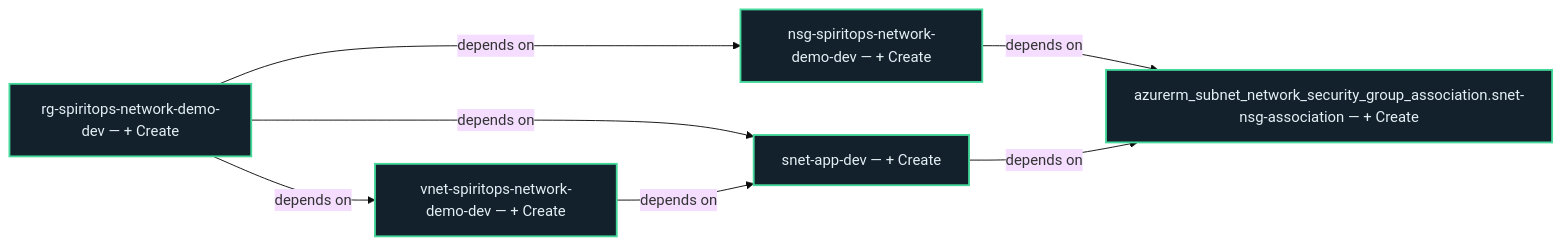
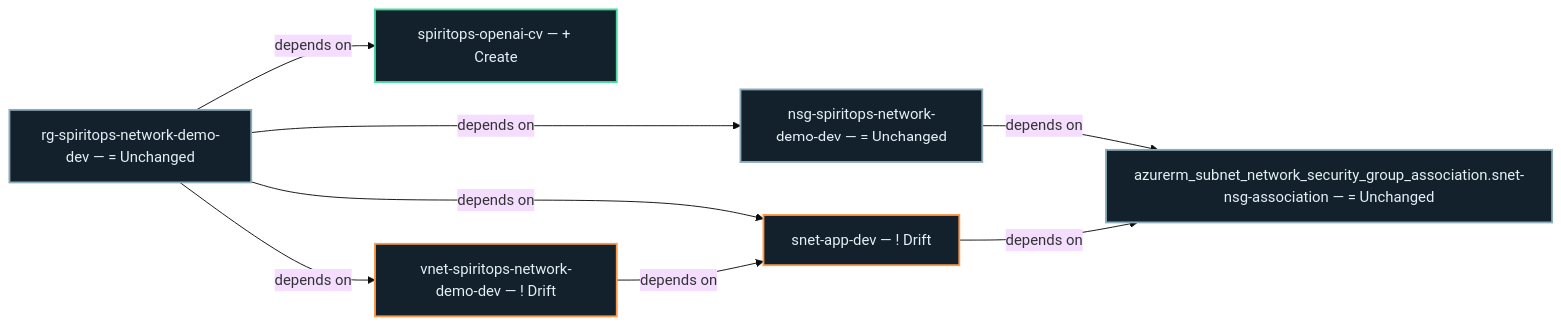
Before and after one commit to jeffy555/rootmodule: the diagram in .spiritops/architecture/current/graph.mmd, drawn with Mermaid (base theme). The commit also changed 10 other files, not shown here.

Commit message:
spiritops: build 01M6NKJH05ETS57ZMM1FD8YDAS — 1 add, 0 modify, 0 destroy, 2 drift

```diff
--- a/.spiritops/architecture/current/graph.mmd
+++ b/.spiritops/architecture/current/graph.mmd
@@ -1,17 +1,20 @@
 flowchart LR
-  na3a895ea57514ffd41a6ebebdea1a217f2d47b8f375dfbcc471e10b9127a485c["nsg-spiritops-network-demo-dev — #43; Create"]
-  style na3a895ea57514ffd41a6ebebdea1a217f2d47b8f375dfbcc471e10b9127a485c fill:#12212b,color:#e5f0f6,stroke:#45d99b,stroke-width:2px
-  n3f8247fd45bf142fed16ee2f91acafcbfc489d27f37c44c281e95480e11375d1["rg-spiritops-network-demo-dev — #43; Create"]
-  style n3f8247fd45bf142fed16ee2f91acafcbfc489d27f37c44c281e95480e11375d1 fill:#12212b,color:#e5f0f6,stroke:#45d99b,stroke-width:2px
-  n625ef6b81d52267bf4a7cbe94b4ee570f730450729c87a5dc756d612e367fe56["snet-app-dev — #43; Create"]
-  style n625ef6b81d52267bf4a7cbe94b4ee570f730450729c87a5dc756d612e367fe56 fill:#12212b,color:#e5f0f6,stroke:#45d99b,stroke-width:2px
-  n6653e6c3836738d8fb0733a741b632e6333b4610eafd2166fd599c361b0c715f["azurerm_subnet_network_security_group_association.snet-nsg-association — #43; Create"]
-  style n6653e6c3836738d8fb0733a741b632e6333b4610eafd2166fd599c361b0c715f fill:#12212b,color:#e5f0f6,stroke:#45d99b,stroke-width:2px
-  na83604f6b3788717d87fb1ff99fee9f54ac877097f1ec7c45360db352c43cb47["vnet-spiritops-network-demo-dev — #43; Create"]
-  style na83604f6b3788717d87fb1ff99fee9f54ac877097f1ec7c45360db352c43cb47 fill:#12212b,color:#e5f0f6,stroke:#45d99b,stroke-width:2px
+  n35521a41ff782fc49e06e713dce24f13d5f6b9c30d80e8c0b80a799b150e6616["spiritops-openai-cv — #43; Create"]
+  style n35521a41ff782fc49e06e713dce24f13d5f6b9c30d80e8c0b80a799b150e6616 fill:#12212b,color:#e5f0f6,stroke:#45d99b,stroke-width:2px
+  na3a895ea57514ffd41a6ebebdea1a217f2d47b8f375dfbcc471e10b9127a485c["nsg-spiritops-network-demo-dev — #61; Unchanged"]
+  style na3a895ea57514ffd41a6ebebdea1a217f2d47b8f375dfbcc471e10b9127a485c fill:#12212b,color:#e5f0f6,stroke:#8cabb9,stroke-width:2px
+  n3f8247fd45bf142fed16ee2f91acafcbfc489d27f37c44c281e95480e11375d1["rg-spiritops-network-demo-dev — #61; Unchanged"]
+  style n3f8247fd45bf142fed16ee2f91acafcbfc489d27f37c44c281e95480e11375d1 fill:#12212b,color:#e5f0f6,stroke:#8cabb9,stroke-width:2px
+  n625ef6b81d52267bf4a7cbe94b4ee570f730450729c87a5dc756d612e367fe56["snet-app-dev — #33; Drift"]
+  style n625ef6b81d52267bf4a7cbe94b4ee570f730450729c87a5dc756d612e367fe56 fill:#12212b,color:#e5f0f6,stroke:#ff9a4c,stroke-width:2px
+  n6653e6c3836738d8fb0733a741b632e6333b4610eafd2166fd599c361b0c715f["azurerm_subnet_network_security_group_association.snet-nsg-association — #61; Unchanged"]
+  style n6653e6c3836738d8fb0733a741b632e6333b4610eafd2166fd599c361b0c715f fill:#12212b,color:#e5f0f6,stroke:#8cabb9,stroke-width:2px
+  na83604f6b3788717d87fb1ff99fee9f54ac877097f1ec7c45360db352c43cb47["vnet-spiritops-network-demo-dev — #33; Drift"]
+  style na83604f6b3788717d87fb1ff99fee9f54ac877097f1ec7c45360db352c43cb47 fill:#12212b,color:#e5f0f6,stroke:#ff9a4c,stroke-width:2px
   na3a895ea57514ffd41a6ebebdea1a217f2d47b8f375dfbcc471e10b9127a485c -->|"depends on"| n6653e6c3836738d8fb0733a741b632e6333b4610eafd2166fd599c361b0c715f
+  n3f8247fd45bf142fed16ee2f91acafcbfc489d27f37c44c281e95480e11375d1 -->|"depends on"| n35521a41ff782fc49e06e713dce24f13d5f6b9c30d80e8c0b80a799b150e6616
   n3f8247fd45bf142fed16ee2f91acafcbfc489d27f37c44c281e95480e11375d1 -->|"depends on"| na3a895ea57514ffd41a6ebebdea1a217f2d47b8f375dfbcc471e10b9127a485c
   n3f8247fd45bf142fed16ee2f91acafcbfc489d27f37c44c281e95480e11375d1 -->|"depends on"| n625ef6b81d52267bf4a7cbe94b4ee570f730450729c87a5dc756d612e367fe56
   n3f8247fd45bf142fed16ee2f91acafcbfc489d27f37c44c281e95480e11375d1 -->|"depends on"| na83604f6b3788717d87fb1ff99fee9f54ac877097f1ec7c45360db352c43cb47
   n625ef6b81d52267bf4a7cbe94b4ee570f730450729c87a5dc756d612e367fe56 -->|"depends on"| n6653e6c3836738d8fb0733a741b632e6333b4610eafd2166fd599c361b0c715f
   na83604f6b3788717d87fb1ff99fee9f54ac877097f1ec7c45360db352c43cb47 -->|"depends on"| n625ef6b81d52267bf4a7cbe94b4ee570f730450729c87a5dc756d612e367fe56
```
